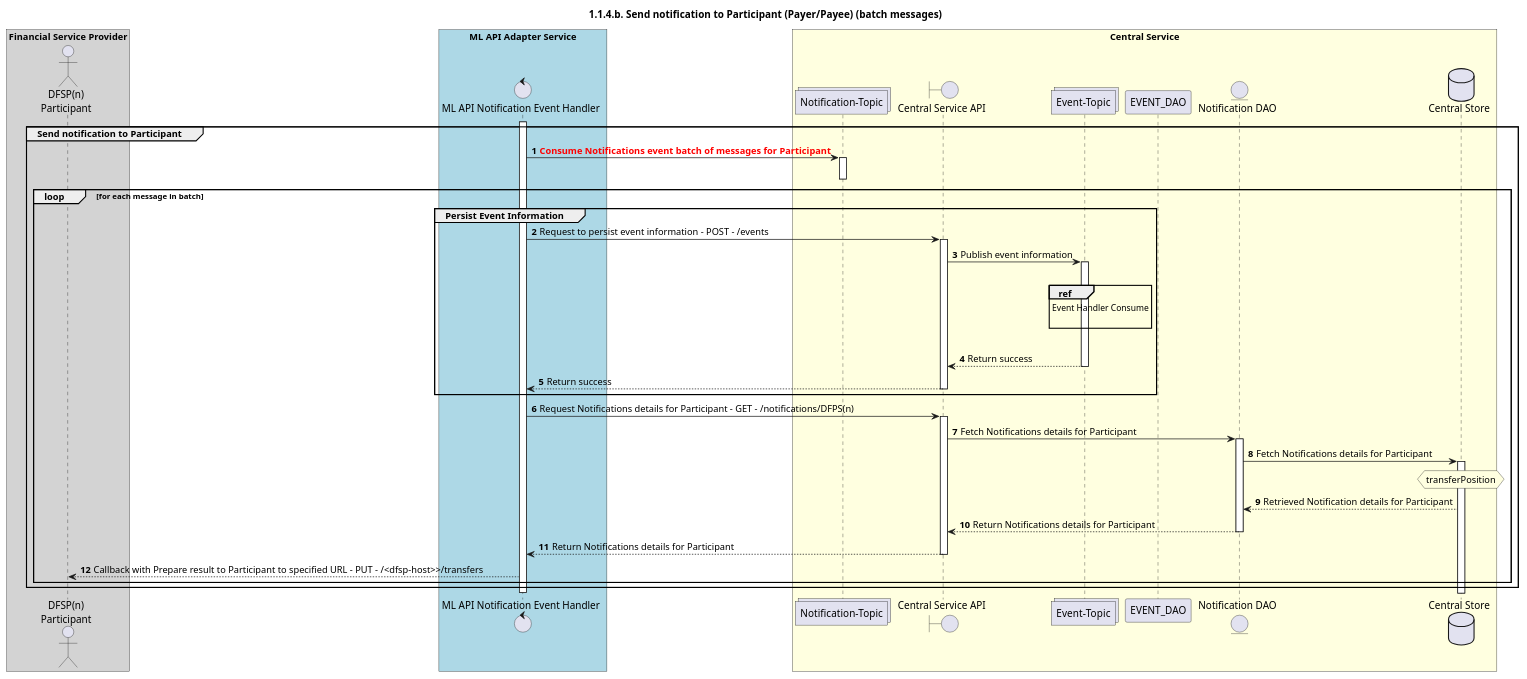
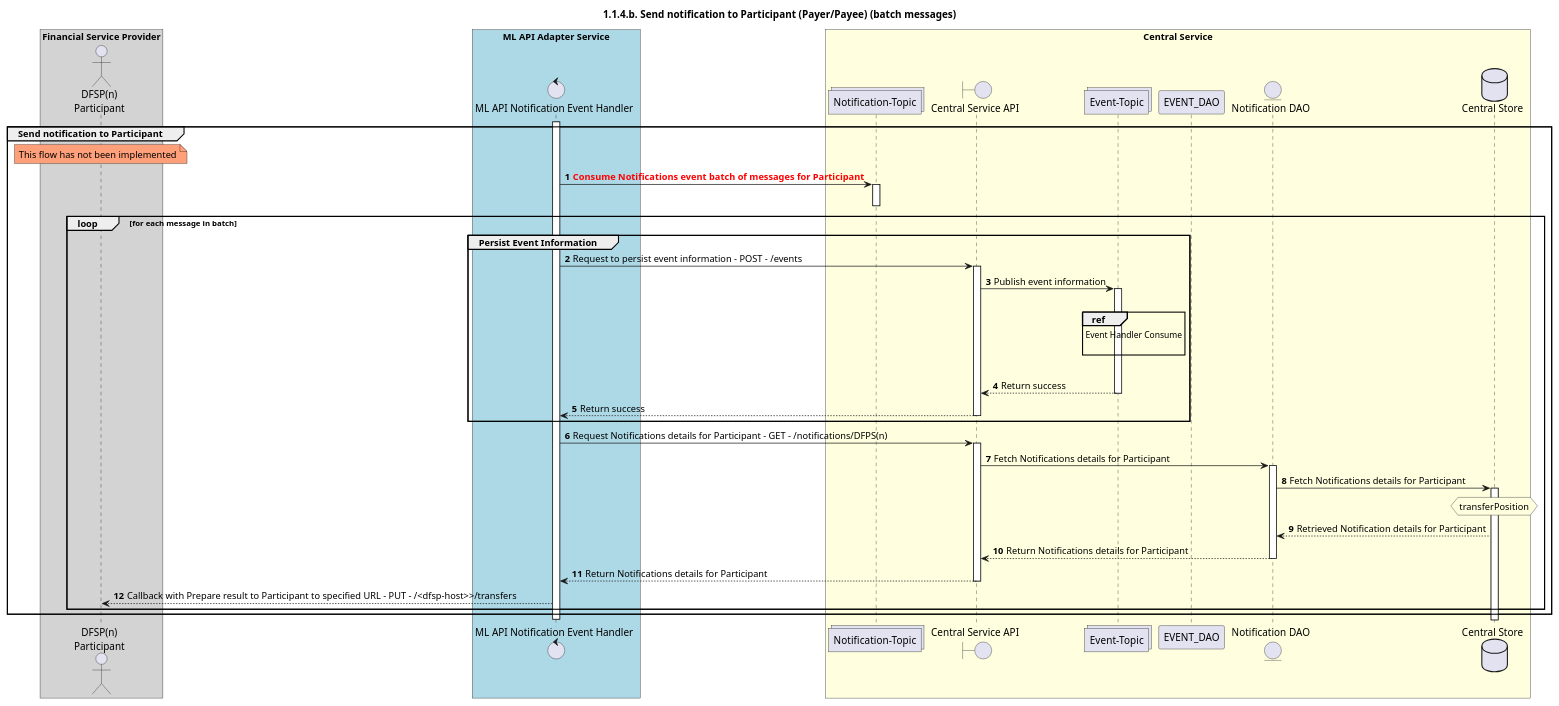
The diagram in mojaloop-technical-overview/central-ledger/assets/diagrams/sequence/seq-prepare-1.1.4.b.plantuml (mojaloop/documentation), drawn with PlantUML before and after one commit. The commit also changed 3 other files, not shown here.

```diff
--- a/mojaloop-technical-overview/central-ledger/assets/diagrams/sequence/seq-prepare-1.1.4.b.plantuml
+++ b/mojaloop-technical-overview/central-ledger/assets/diagrams/sequence/seq-prepare-1.1.4.b.plantuml
@@ -26,79 +26,83 @@
 @startuml
 ' declate title
 title 1.1.4.b. Send notification to Participant (Payer/Payee) (batch messages)
 
 autonumber
 
 ' Actor Keys:
 '   boundary - APIs/Interfaces, etc
 '   collections - Kafka Topics
 '   control - Kafka Consumers
 '   entity - Database Access Objects
 '   database - Database Persistance Store
 
 ' declare actors
 actor "DFSP(n)\nParticipant" as DFSP
 control "ML API Notification Event Handler" as NOTIFY_HANDLER
 boundary "Central Service API" as CSAPI
 collections "Notification-Topic" as TOPIC_NOTIFICATIONS
 collections "Event-Topic" as TOPIC_EVENTS
 entity "Notification DAO" as NOTIFY_DAO
 database "Central Store" as DB
 
 box "Financial Service Provider" #lightGray
 	participant DFSP
 end box
 
 box "ML API Adapter Service" #LightBlue
 	participant NOTIFY_HANDLER
 end box
 
 box "Central Service" #LightYellow
 participant TOPIC_NOTIFICATIONS
     participant CSAPI
     participant TOPIC_EVENTS
     participant EVENT_DAO
     participant NOTIFY_DAO
     participant DB
 end box
 
 ' start flow
 activate NOTIFY_HANDLER
 group Send notification to Participant
+    note over DFSP #LightSalmon
+        This flow has not been implemented
+    end note
+
     TOPIC_NOTIFICATIONS <- NOTIFY_HANDLER: <color #FF0000>**Consume Notifications event batch of messages for Participant**</color>
     activate TOPIC_NOTIFICATIONS
     deactivate TOPIC_NOTIFICATIONS
     loop for each message in batch
         group Persist Event Information
             NOTIFY_HANDLER -> CSAPI: Request to persist event information - POST - /events
             activate CSAPI
             CSAPI -> TOPIC_EVENTS: Publish event information
             activate TOPIC_EVENTS
             |||
             ref over TOPIC_EVENTS :  Event Handler Consume\n
             |||
             TOPIC_EVENTS --> CSAPI: Return success
             deactivate TOPIC_EVENTS
             CSAPI --> NOTIFY_HANDLER: Return success
             deactivate CSAPI
         end
         NOTIFY_HANDLER -> CSAPI: Request Notifications details for Participant - GET - /notifications/DFPS(n)
         activate CSAPI
         CSAPI -> NOTIFY_DAO: Fetch Notifications details for Participant
         activate NOTIFY_DAO
         NOTIFY_DAO -> DB: Fetch Notifications details for Participant
         activate DB
         hnote over DB #lightyellow
             transferPosition
         end note
         DB --> NOTIFY_DAO: Retrieved Notification details for Participant
         'deactivate DB
         NOTIFY_DAO --> CSAPI: Return Notifications details for Participant
         deactivate NOTIFY_DAO
         CSAPI --> NOTIFY_HANDLER: Return Notifications details for Participant
         deactivate CSAPI
         NOTIFY_HANDLER --> DFSP: Callback with Prepare result to Participant to specified URL - PUT - /<dfsp-host>>/transfers
     end
 end
 deactivate NOTIFY_HANDLER
 @enduml
```
